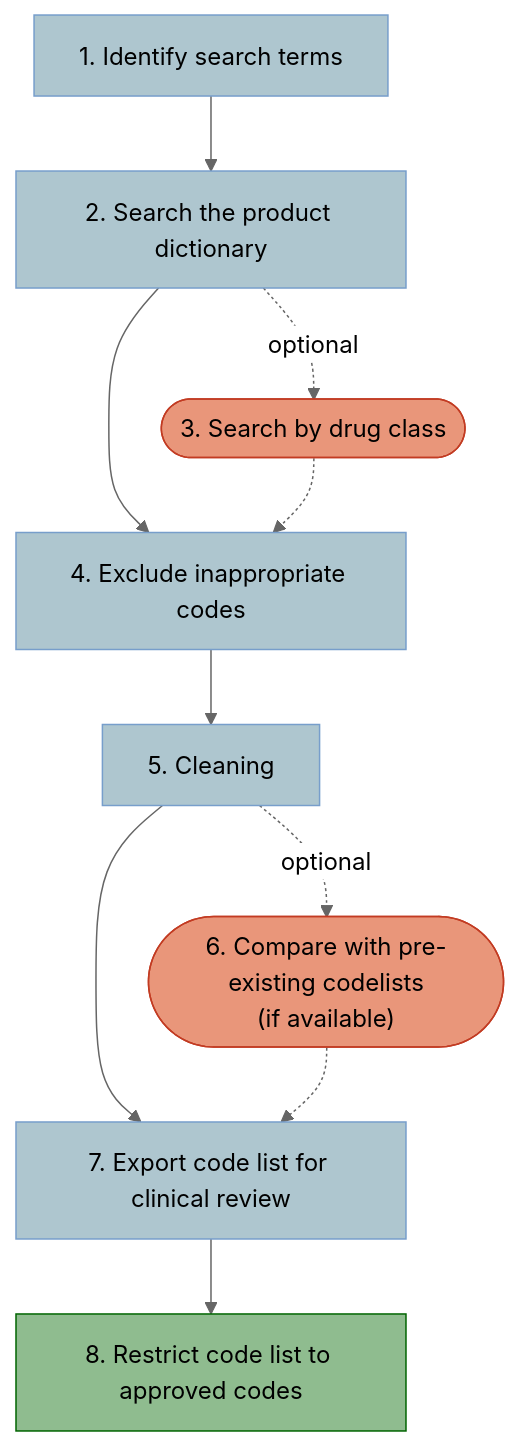
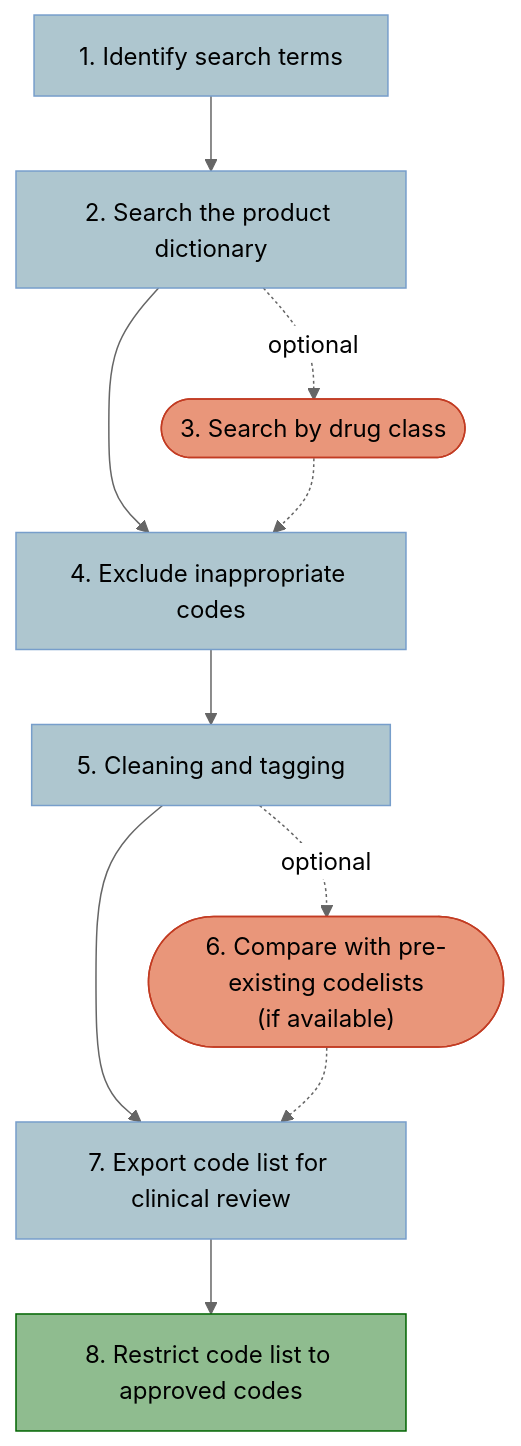
Before and after one commit to NHLI-Respiratory-Epi/drug-codelist-creation: the diagram in README.md, drawn with Mermaid (neutral theme). The commit also changed other lines of this file, not shown here.

````diff
--- a/README.md
+++ b/README.md
@@ -7,24 +7,24 @@
 ```mermaid
 flowchart TD
     A[1. Identify search terms] --> B[2. Search the product dictionary]
     B -. optional .-> C([3. Search by drug class])
     B --> D[4. Exclude inappropriate codes]
     C -.-> D
-    D --> E[5. Cleaning]
+    D --> E[5. Cleaning and tagging]
     E -. optional .-> F(["6. Compare with pre-existing codelists
 (if available)"])
     E --> G
     F -.-> G[7. Export code list for clinical review]
     G --> H[8. Restrict code list to approved codes]
     A:::step
     B:::step
     C:::optional
     D:::step
     E:::step
     F:::optional
     G:::step
     H:::final
     classDef step color:black, fill:#aec6cf, stroke:#779ecb
     classDef optional color:black, fill:#e9967a, stroke:#c23b22
     classDef final color:black, fill:#8fbc8f, stroke:#006400
 ```
````
